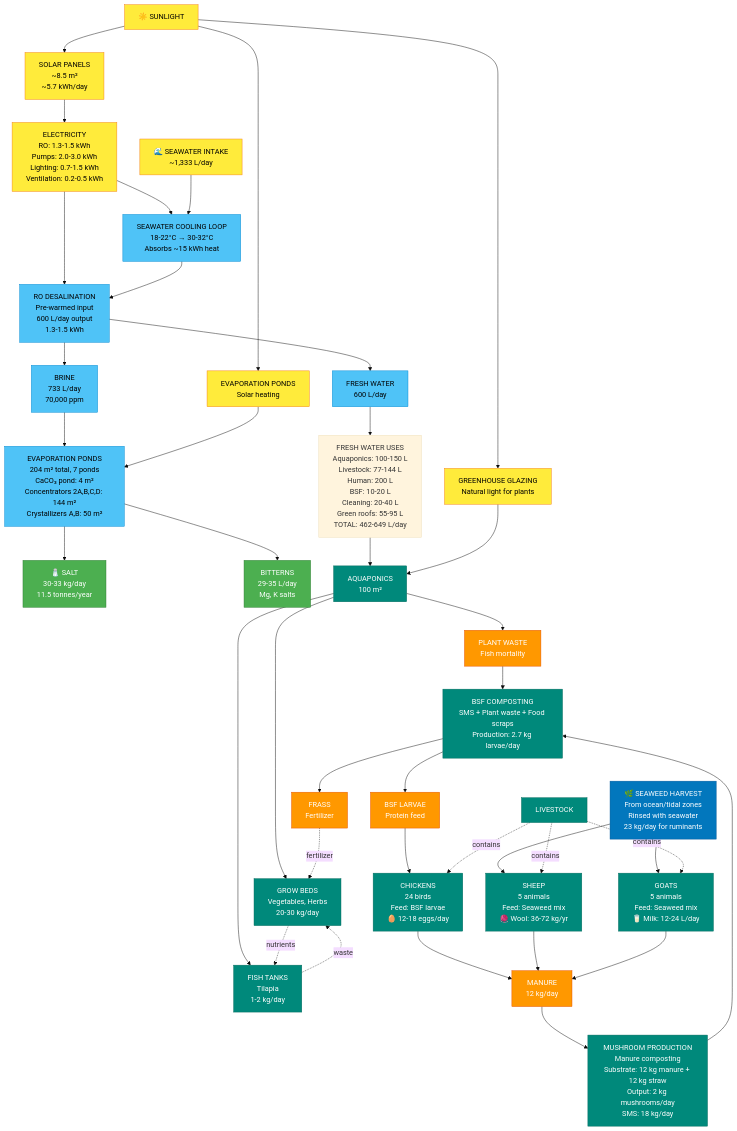
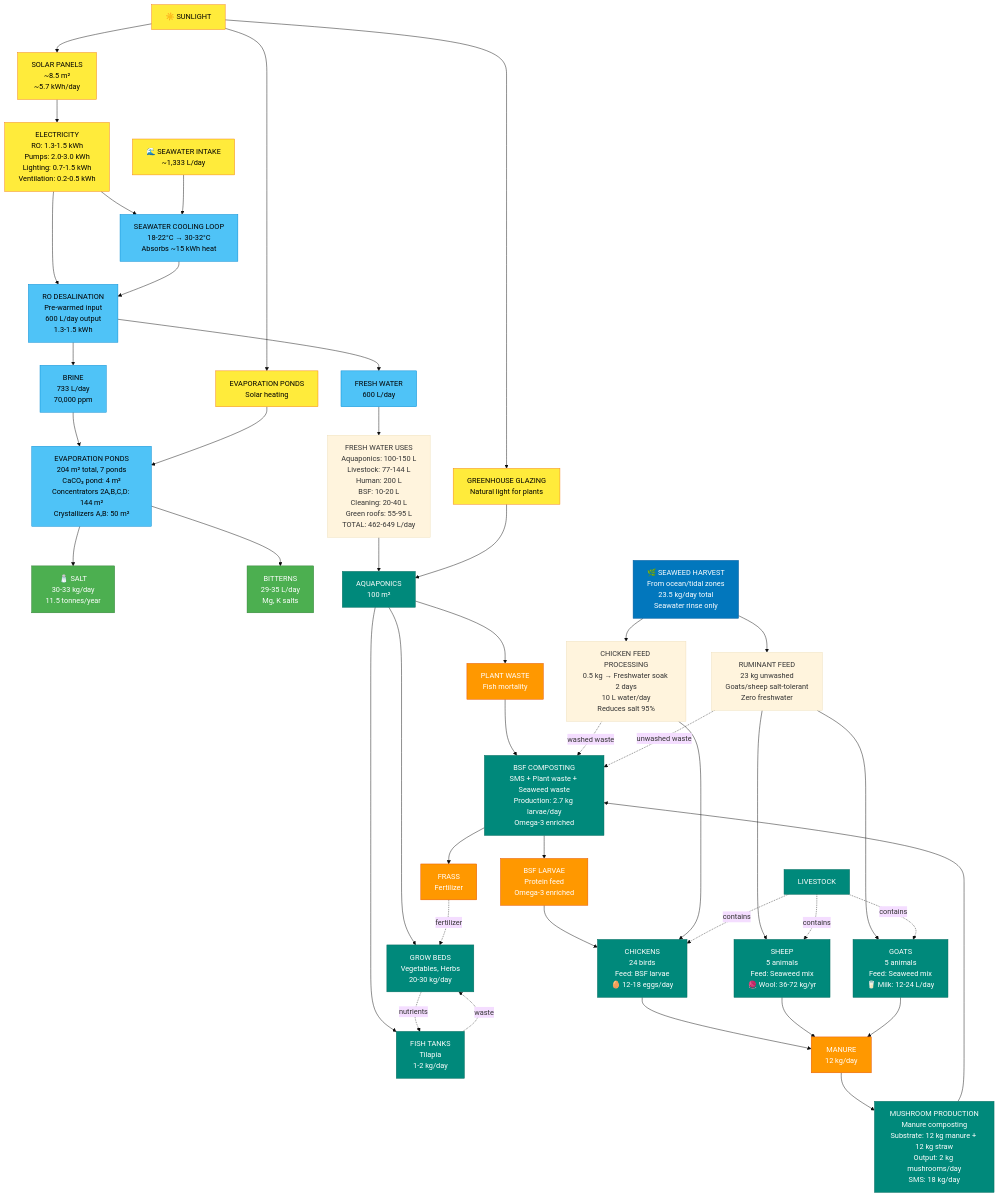
One commit to wadekaple/terraform changed the second of 8 diagrams in research/homestead-system-flowchart.md. Above: the diagram before and after it, drawn with Mermaid. The commit also changed other lines of this file and 6 other files, not shown here.

First line of the commit message:
Adding seaweed to BSF substrate

```diff
--- a/research/homestead-system-flowchart.md
+++ b/research/homestead-system-flowchart.md
@@ -103,8 +103,8 @@
     MUSHROOM[MUSHROOM PRODUCTION<br/>Manure composting<br/>Substrate: 12 kg manure + 12 kg straw<br/>Output: 2 kg mushrooms/day<br/>SMS: 18 kg/day]
 
     %% BSF Composting
-    BSF[BSF COMPOSTING<br/>SMS + Plant waste + Food scraps<br/>Production: 2.7 kg larvae/day]
-    LARVAE[BSF LARVAE<br/>Protein feed]
+    BSF[BSF COMPOSTING<br/>SMS + Plant waste + Seaweed waste<br/>Production: 2.7 kg larvae/day<br/>Omega-3 enriched]
+    LARVAE[BSF LARVAE<br/>Protein feed<br/>Omega-3 enriched]
     FRASS[FRASS<br/>Fertilizer]
 
     %% Livestock
@@ -115,7 +115,9 @@
     MANURE[MANURE<br/>12 kg/day]
 
     %% Seaweed
-    SEAWEED[🌿 SEAWEED HARVEST<br/>From ocean/tidal zones<br/>Rinsed with seawater<br/>23 kg/day for ruminants]
+    SEAWEED[🌿 SEAWEED HARVEST<br/>From ocean/tidal zones<br/>23.5 kg/day total<br/>Seawater rinse only]
+    SEAWEED_PROC_CHICKEN[CHICKEN FEED PROCESSING<br/>0.5 kg → Freshwater soak 2 days<br/>10 L water/day<br/>Reduces salt 95%]
+    SEAWEED_RUMINANT[RUMINANT FEED<br/>23 kg unwashed<br/>Goats/sheep salt-tolerant<br/>Zero freshwater]
 
     %% Solar connections
     SUN --> PV
@@ -164,8 +166,13 @@
 
     %% Livestock system
     LARVAE --> CHICKENS
-    SEAWEED --> SHEEP
-    SEAWEED --> GOATS
+    SEAWEED --> SEAWEED_PROC_CHICKEN
+    SEAWEED --> SEAWEED_RUMINANT
+    SEAWEED_PROC_CHICKEN --> CHICKENS
+    SEAWEED_RUMINANT --> SHEEP
+    SEAWEED_RUMINANT --> GOATS
+    SEAWEED_PROC_CHICKEN -.washed waste.-> BSF
+    SEAWEED_RUMINANT -.unwashed waste.-> BSF
 
     CHICKENS --> MANURE
     SHEEP --> MANURE
```
